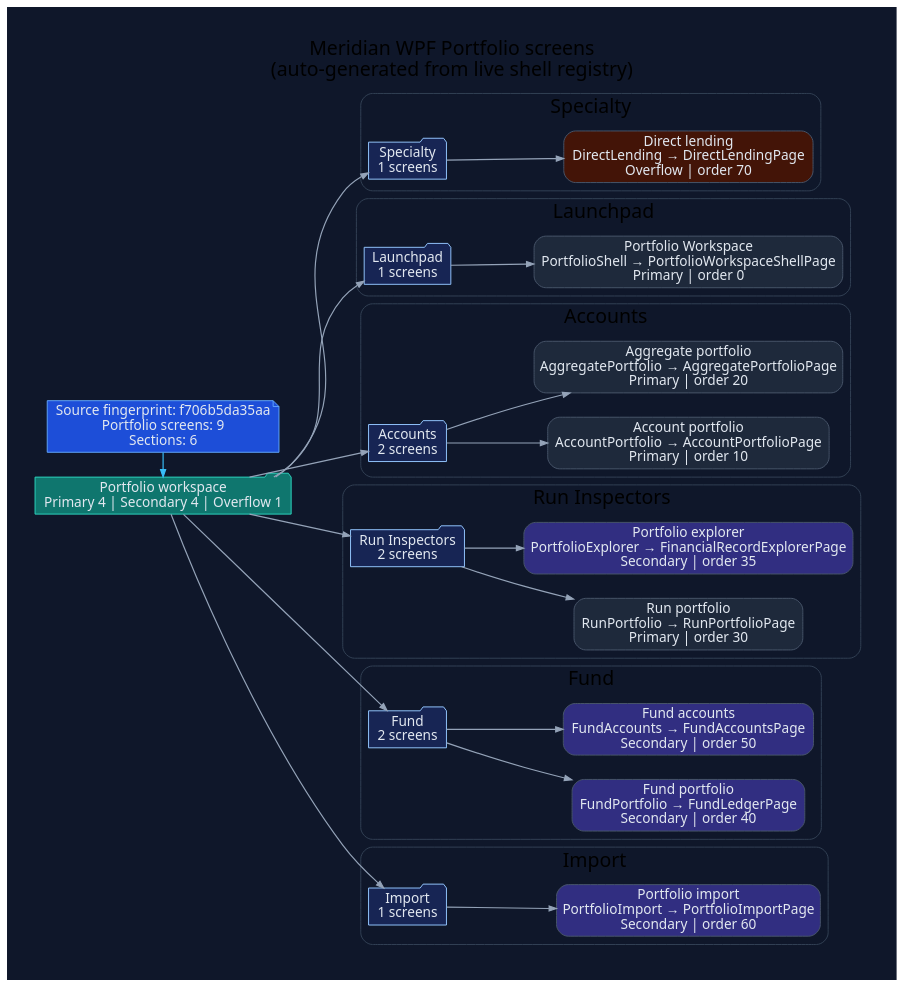
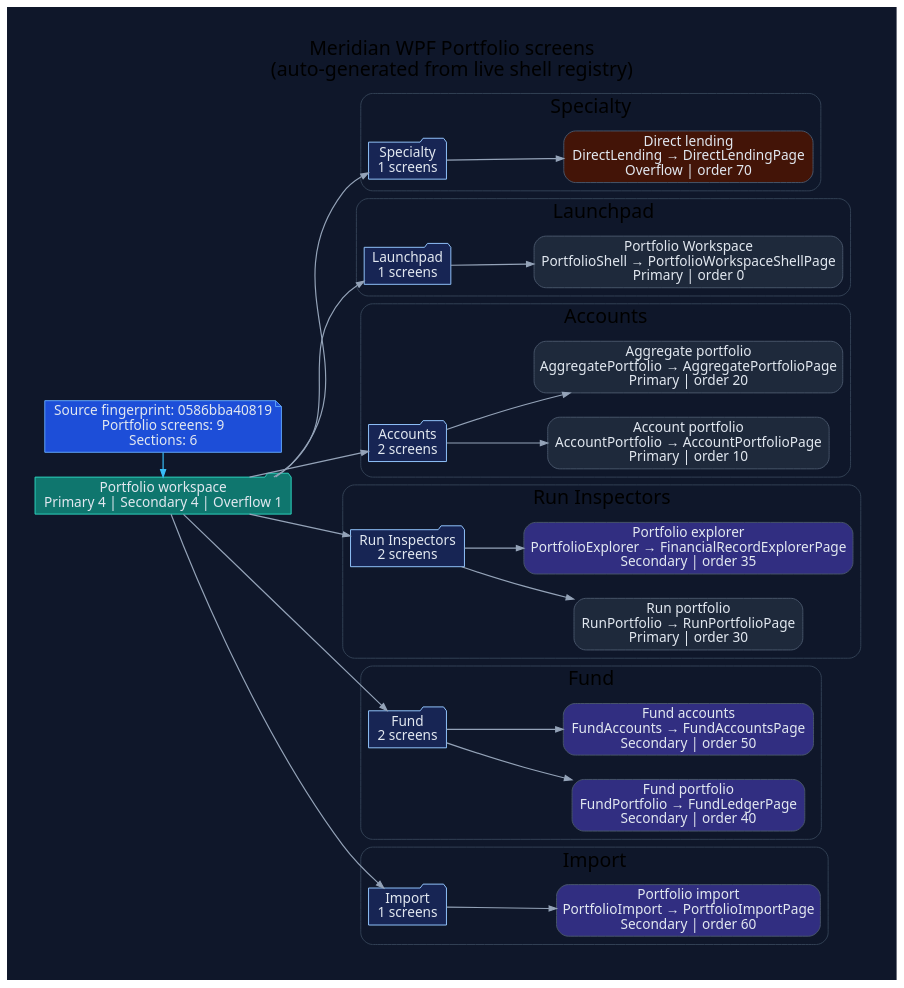
Before and after one commit to rodoHasArrived/Meridian-main: the diagram in docs/diagrams/ui-wpf-screens-portfolio.dot, drawn with Graphviz. The commit also changed 21 other files, not shown here.

First line of the commit message:
Regenerate UI diagrams for the changed WPF source fingerprint

```diff
--- a/docs/diagrams/ui-wpf-screens-portfolio.dot
+++ b/docs/diagrams/ui-wpf-screens-portfolio.dot
@@ -1,92 +1,92 @@
 // -----------------------------------------------------------------------------
 // <auto-generated>
 // Generated by scripts/generate-diagrams.mjs.
 // Do not edit this file directly; update the WPF source files instead.
 // -----------------------------------------------------------------------------
 digraph WpfPortfolioScreens {
   graph [
     rankdir=LR,
     labelloc=t,
     label="Meridian WPF Portfolio screens\n(auto-generated from live shell registry)",
     fontname="Segoe UI",
     fontsize=20,
     pad=0.4,
     nodesep=0.35,
     ranksep=0.85,
     bgcolor="#0f172a"
   ];
   node [fontname="Segoe UI", shape=box, style="rounded,filled", color="#475569", fontcolor="#e2e8f0", fillcolor="#1e293b"];
   edge [fontname="Segoe UI", color="#94a3b8", penwidth=1.2, arrowsize=0.75];
 
-  generated [shape=note, fillcolor="#1d4ed8", color="#60a5fa", label="Source fingerprint: f706b5da35aa\nPortfolio screens: 9\nSections: 6"];
+  generated [shape=note, fillcolor="#1d4ed8", color="#60a5fa", label="Source fingerprint: 0586bba40819\nPortfolio screens: 9\nSections: 6"];
   workspace [shape=folder, fillcolor="#0f766e", color="#2dd4bf", label="Portfolio workspace\nPrimary 4 | Secondary 4 | Overflow 1"];
   generated -> workspace [color="#38bdf8"];
 
   subgraph cluster_section_1 {
     label="Specialty";
     color="#334155";
     style="rounded";
     section_1 [shape=folder, fillcolor="#172554", color="#93c5fd", label="Specialty\n1 screens"];
     workspace -> section_1;
     screen_DirectLending [fillcolor="#431407", label="Direct lending\nDirectLending → DirectLendingPage\nOverflow | order 70"];
     section_1 -> screen_DirectLending;
   }
 
   subgraph cluster_section_2 {
     label="Launchpad";
     color="#334155";
     style="rounded";
     section_2 [shape=folder, fillcolor="#172554", color="#93c5fd", label="Launchpad\n1 screens"];
     workspace -> section_2;
     screen_PortfolioShell [fillcolor="#1e293b", label="Portfolio Workspace\nPortfolioShell → PortfolioWorkspaceShellPage\nPrimary | order 0"];
     section_2 -> screen_PortfolioShell;
   }
 
   subgraph cluster_section_3 {
     label="Accounts";
     color="#334155";
     style="rounded";
     section_3 [shape=folder, fillcolor="#172554", color="#93c5fd", label="Accounts\n2 screens"];
     workspace -> section_3;
     screen_AccountPortfolio [fillcolor="#1e293b", label="Account portfolio\nAccountPortfolio → AccountPortfolioPage\nPrimary | order 10"];
     section_3 -> screen_AccountPortfolio;
     screen_AggregatePortfolio [fillcolor="#1e293b", label="Aggregate portfolio\nAggregatePortfolio → AggregatePortfolioPage\nPrimary | order 20"];
     section_3 -> screen_AggregatePortfolio;
   }
 
   subgraph cluster_section_4 {
     label="Run Inspectors";
     color="#334155";
     style="rounded";
     section_4 [shape=folder, fillcolor="#172554", color="#93c5fd", label="Run Inspectors\n2 screens"];
     workspace -> section_4;
     screen_RunPortfolio [fillcolor="#1e293b", label="Run portfolio\nRunPortfolio → RunPortfolioPage\nPrimary | order 30"];
     section_4 -> screen_RunPortfolio;
     screen_PortfolioExplorer [fillcolor="#312e81", label="Portfolio explorer\nPortfolioExplorer → FinancialRecordExplorerPage\nSecondary | order 35"];
     section_4 -> screen_PortfolioExplorer;
   }
 
   subgraph cluster_section_5 {
     label="Fund";
     color="#334155";
     style="rounded";
     section_5 [shape=folder, fillcolor="#172554", color="#93c5fd", label="Fund\n2 screens"];
     workspace -> section_5;
     screen_FundPortfolio [fillcolor="#312e81", label="Fund portfolio\nFundPortfolio → FundLedgerPage\nSecondary | order 40"];
     section_5 -> screen_FundPortfolio;
     screen_FundAccounts [fillcolor="#312e81", label="Fund accounts\nFundAccounts → FundAccountsPage\nSecondary | order 50"];
     section_5 -> screen_FundAccounts;
   }
 
   subgraph cluster_section_6 {
     label="Import";
     color="#334155";
     style="rounded";
     section_6 [shape=folder, fillcolor="#172554", color="#93c5fd", label="Import\n1 screens"];
     workspace -> section_6;
     screen_PortfolioImport [fillcolor="#312e81", label="Portfolio import\nPortfolioImport → PortfolioImportPage\nSecondary | order 60"];
     section_6 -> screen_PortfolioImport;
   }
 
   { rank=min; generated; workspace; }
 }
```
